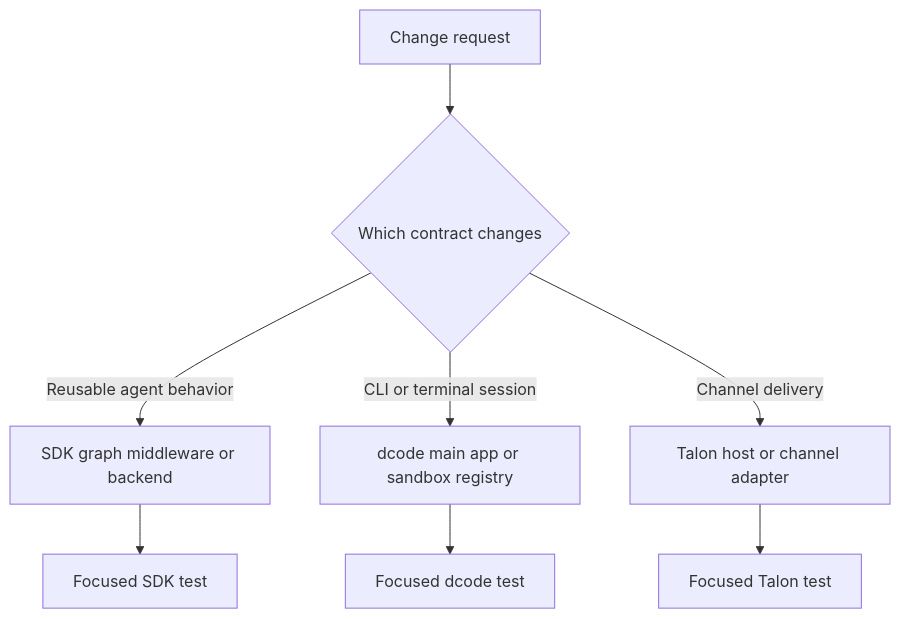
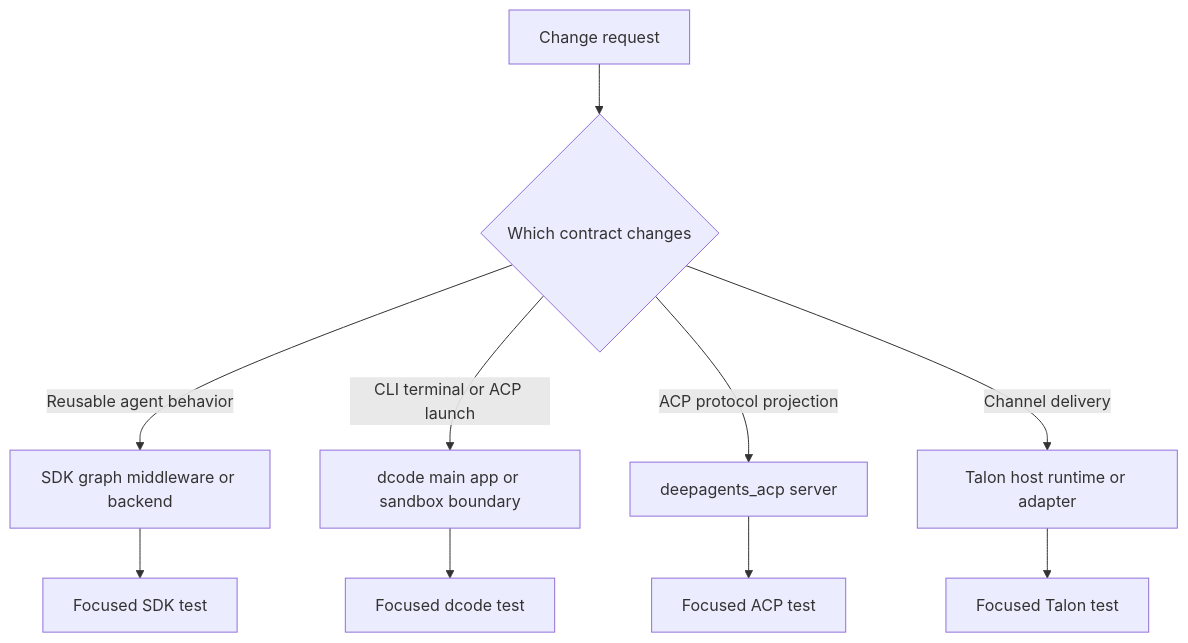
The first of 3 diagrams in openwiki/architecture/source-map.md (langchain-ai/deepagents), drawn with Mermaid before and after one commit. The commit also changed other lines of this file and 67 other files, not shown here.

````diff
--- a/openwiki/architecture/source-map.md
+++ b/openwiki/architecture/source-map.md
@@ -118,10 +48,12 @@
 ```mermaid
 flowchart TD
   Change["Change request"] --> Scope{"Which contract changes"}
   Scope -->|"Reusable agent behavior"| SDK["SDK graph middleware or backend"]
-  Scope -->|"CLI or terminal session"| Dcode["dcode main app or sandbox registry"]
-  Scope -->|"Channel delivery"| Talon["Talon host or channel adapter"]
+  Scope -->|"CLI terminal or ACP launch"| Dcode["dcode main app or sandbox boundary"]
+  Scope -->|"ACP protocol projection"| ACP["deepagents_acp server"]
+  Scope -->|"Channel delivery"| Talon["Talon host runtime or adapter"]
   SDK --> SDKTest["Focused SDK test"]
   Dcode --> DcodeTest["Focused dcode test"]
+  ACP --> ACPTest["Focused ACP test"]
   Talon --> TalonTest["Focused Talon test"]
 ```
````
